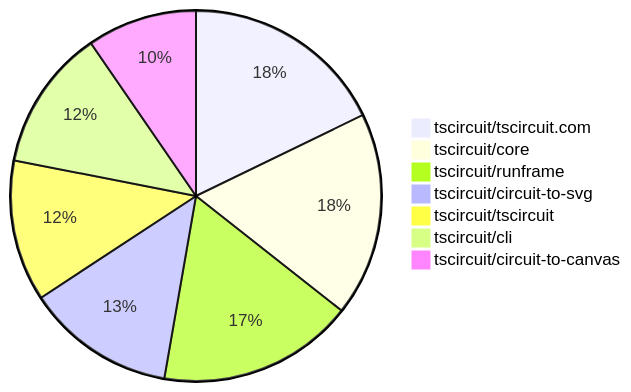
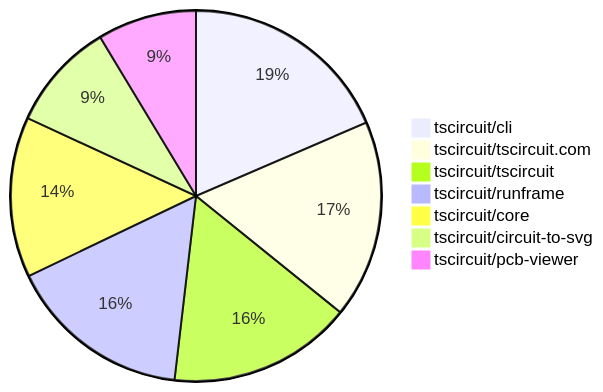
The second of 2 diagrams in README.md (tscircuit/contribution-tracker), drawn with Mermaid before and after one commit. The commit also changed other lines of this file and 3 other files, not shown here.

````diff
--- a/README.md
+++ b/README.md
@@ -124,10 +130,10 @@
 ```mermaid
 pie
-    "tscircuit/tscircuit.com" : 26
-    "tscircuit/core" : 26
-    "tscircuit/runframe" : 25
-    "tscircuit/circuit-to-svg" : 19
-    "tscircuit/tscircuit" : 18
-    "tscircuit/cli" : 18
-    "tscircuit/circuit-to-canvas" : 14
+    "tscircuit/cli" : 45
+    "tscircuit/tscircuit.com" : 42
+    "tscircuit/tscircuit" : 39
+    "tscircuit/runframe" : 39
+    "tscircuit/core" : 34
+    "tscircuit/circuit-to-svg" : 23
+    "tscircuit/pcb-viewer" : 21
 ```
````
